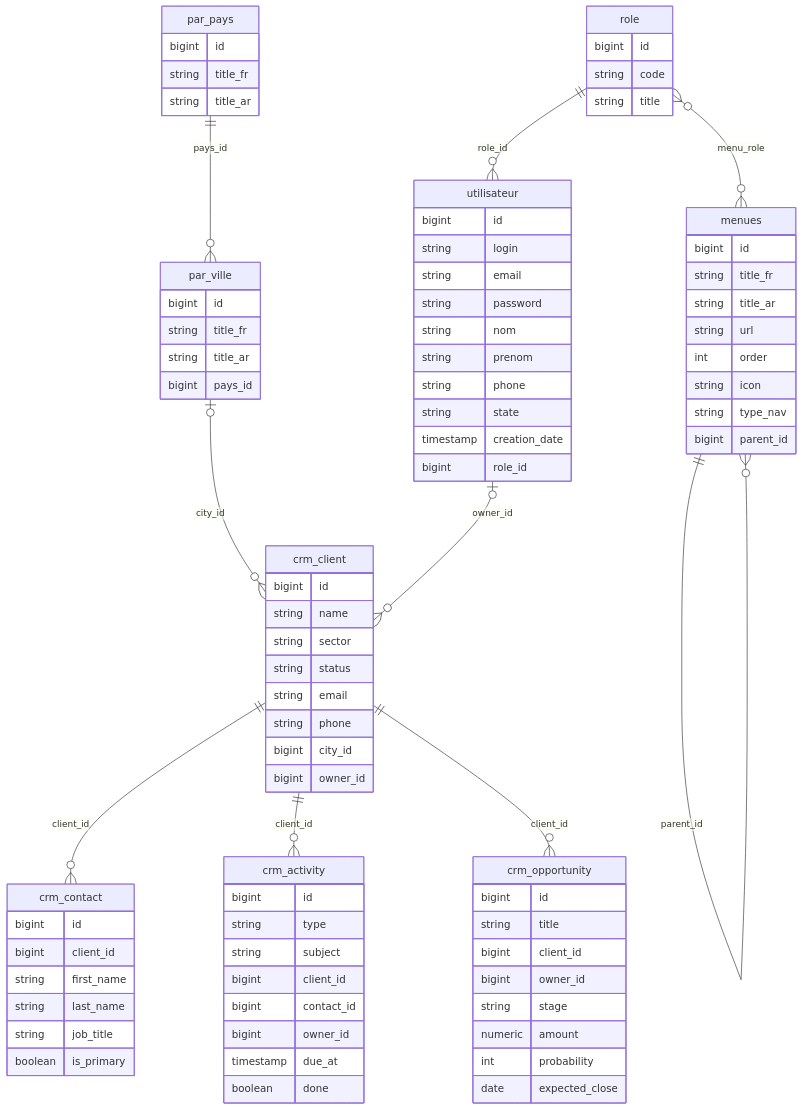
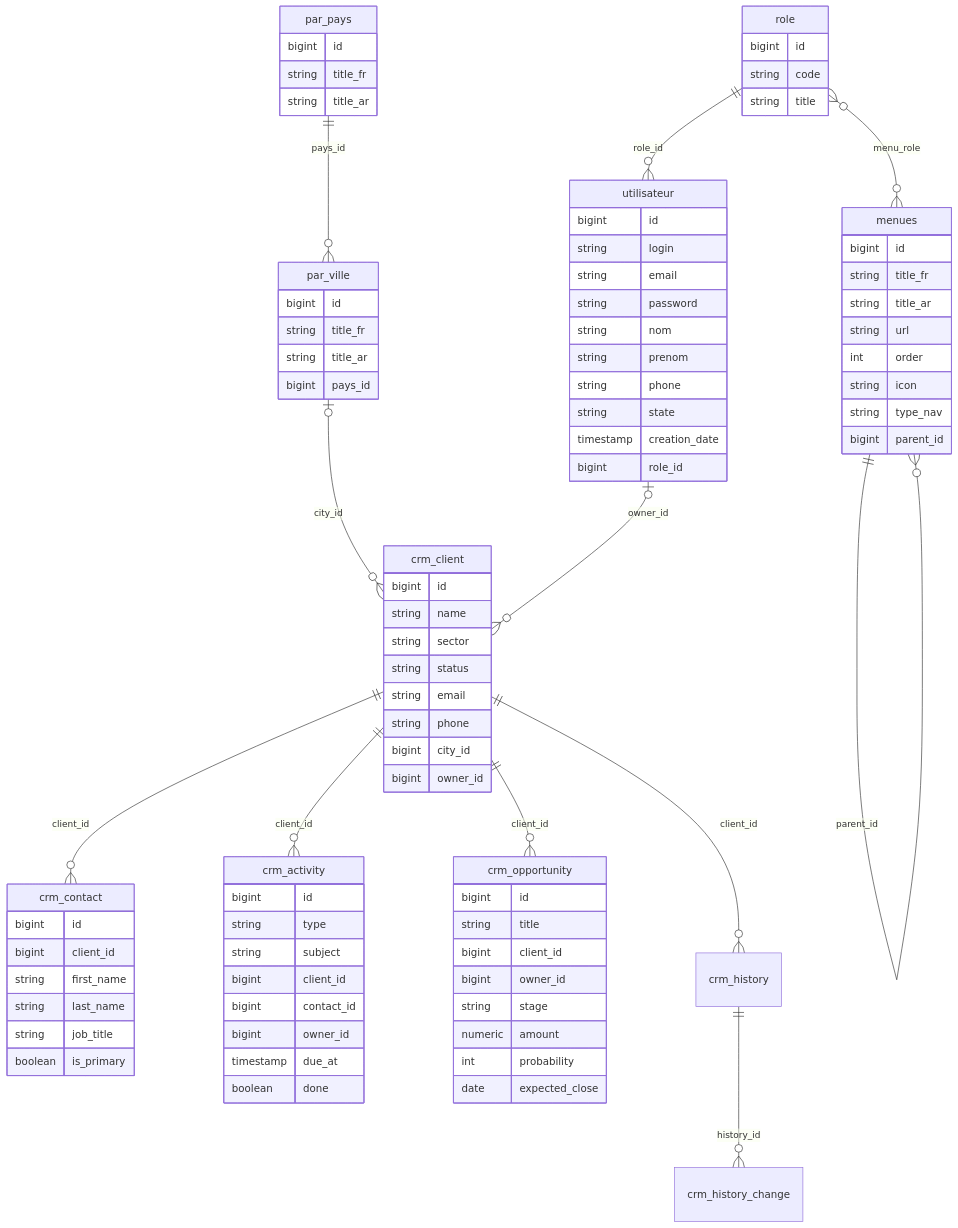
Before and after one commit to DevOpsAchrafOu/smartClientManagement-FrontEnd: the second of 3 diagrams in README.md, drawn with Mermaid. The commit also changed other lines of this file and 59 other files, not shown here.

First line of the commit message:
Redesign: CRM history (client timeline and journal)

````diff
--- a/README.md
+++ b/README.md
@@ -176,22 +177,24 @@
 ```mermaid
 erDiagram
     role ||--o{ utilisateur : "role_id"
     role }o--o{ menues : "menu_role"
     menues ||--o{ menues : "parent_id"
     par_pays ||--o{ par_ville : "pays_id"
     crm_client ||--o{ crm_contact : "client_id"
     crm_client ||--o{ crm_activity : "client_id"
     crm_client ||--o{ crm_opportunity : "client_id"
+    crm_client ||--o{ crm_history : "client_id"
+    crm_history ||--o{ crm_history_change : "history_id"
     par_ville |o--o{ crm_client : "city_id"
     utilisateur |o--o{ crm_client : "owner_id"
 
     role { bigint id string code string title }
     utilisateur { bigint id string login string email string password string nom string prenom string phone string state timestamp creation_date bigint role_id }
     menues { bigint id string title_fr string title_ar string url int order string icon string type_nav bigint parent_id }
     par_pays { bigint id string title_fr string title_ar }
     par_ville { bigint id string title_fr string title_ar bigint pays_id }
     crm_client { bigint id string name string sector string status string email string phone bigint city_id bigint owner_id }
     crm_contact { bigint id bigint client_id string first_name string last_name string job_title boolean is_primary }
     crm_activity { bigint id string type string subject bigint client_id bigint contact_id bigint owner_id timestamp due_at boolean done }
     crm_opportunity { bigint id string title bigint client_id bigint owner_id string stage numeric amount int probability date expected_close }
 ```
````
